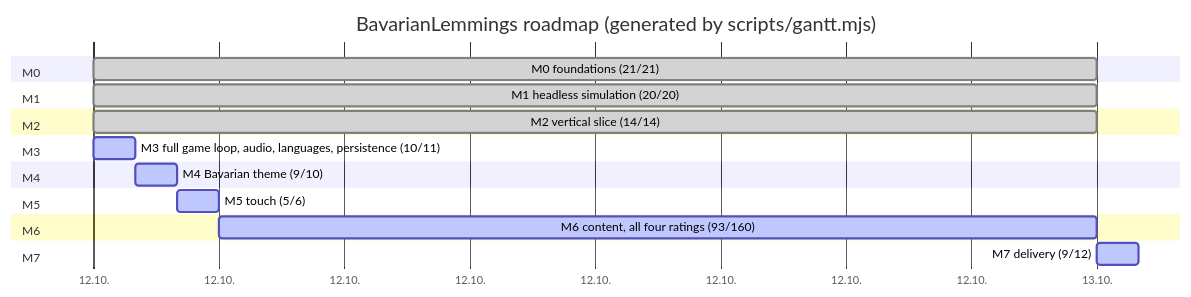
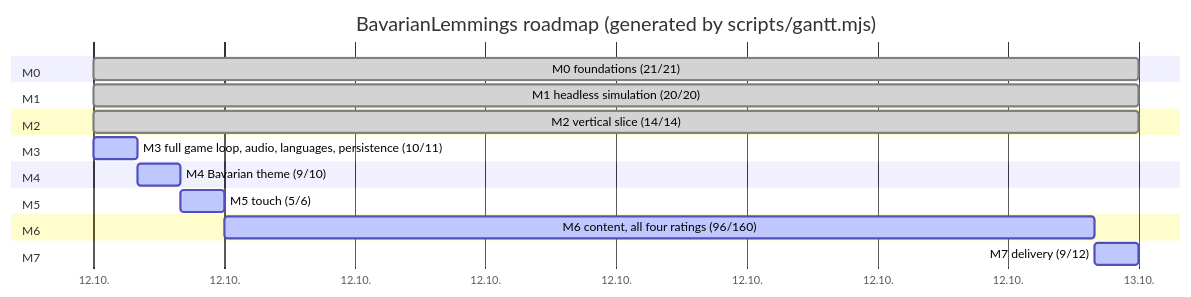
One commit to marcelpetrick/BavarianLemmings changed the diagram in plan.md. Above: the diagram before and after it, drawn with Mermaid. The commit also changed other lines of this file and 13 other files, not shown here.

````diff
--- a/plan.md
+++ b/plan.md
@@ -43,22 +43,22 @@
 ```mermaid
 gantt
     title BavarianLemmings roadmap (generated by scripts/gantt.mjs)
     dateFormat  YYYY-MM-DD
     axisFormat  %d.%m.
     section M0
     M0 foundations (21/21) :done, m0, 2026-10-12, 1d
     section M1
     M1 headless simulation (20/20) :done, m1, 2026-10-12, 1d
     section M2
     M2 vertical slice (14/14) :done, m2, 2026-10-12, 1d
     section M3
     M3 full game loop, audio, languages, persistence (10/11) :active, m3, 2026-10-12, 1h
     section M4
     M4 Bavarian theme (9/10) :active, m4, after m3, 1h
     section M5
     M5 touch (5/6) :active, m5, after m4, 1h
     section M6
-    M6 content, all four ratings (93/160) :active, m6, after m5, 21h
+    M6 content, all four ratings (96/160) :active, m6, after m5, 20h
     section M7
     M7 delivery (9/12) :active, m7, after m6, 1h
 ```
````
